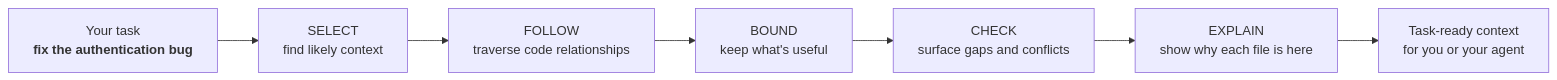
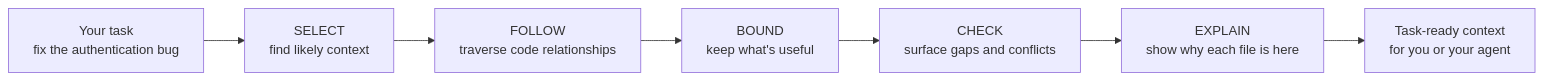
Before and after one commit to gammalex-ai/opencontextually: the diagram in README.md, drawn with Mermaid.

Commit message:
docs: drop dead <b> markup from the mermaid flow
GitHub renders Mermaid with htmlLabels disabled, which strips <b> from node
labels rather than honoring it. The tags therefore promised emphasis that
never appeared anywhere, and only added noise for anyone reading the source
in a viewer that shows it verbatim.

Verified against mermaid v11 in GitHub's own configuration
(securityLevel: strict, flowchart.htmlLabels: false): the diagram renders
with 7 nodes and 6 edges, and every label's text is identical with and
without the tags.

````diff
--- a/README.md
+++ b/README.md
@@ -11,9 +11,9 @@
 ```mermaid
 flowchart LR
-    A["Your task<br/><b>fix the authentication bug</b>"] --> B["SELECT<br/>find likely context"]
+    A["Your task<br/>fix the authentication bug"] --> B["SELECT<br/>find likely context"]
     B --> C["FOLLOW<br/>traverse code relationships"]
     C --> D["BOUND<br/>keep what's useful"]
     D --> E["CHECK<br/>surface gaps and conflicts"]
     E --> F["EXPLAIN<br/>show why each file is here"]
     F --> G["Task-ready context<br/>for you or your agent"]
 ```
````
